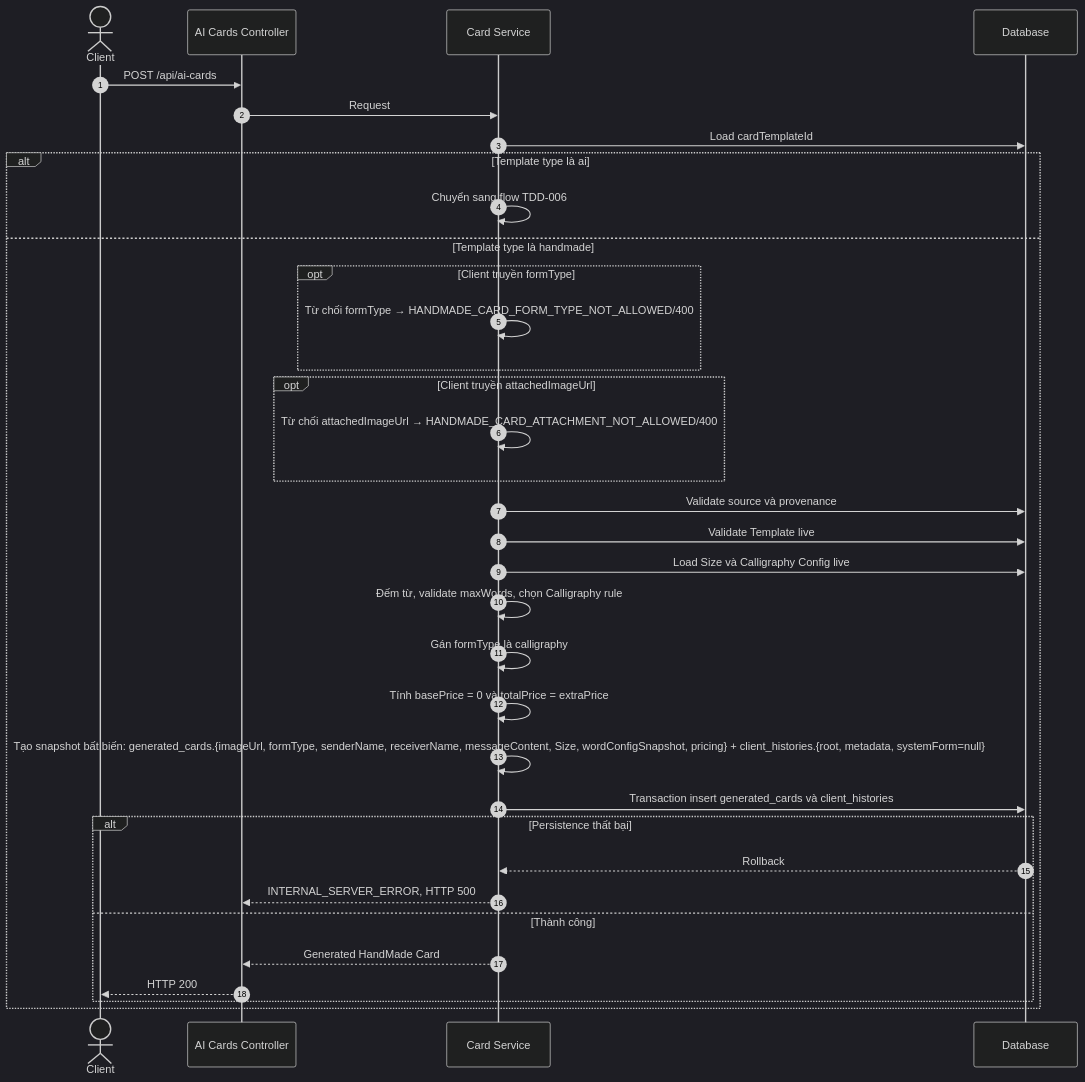
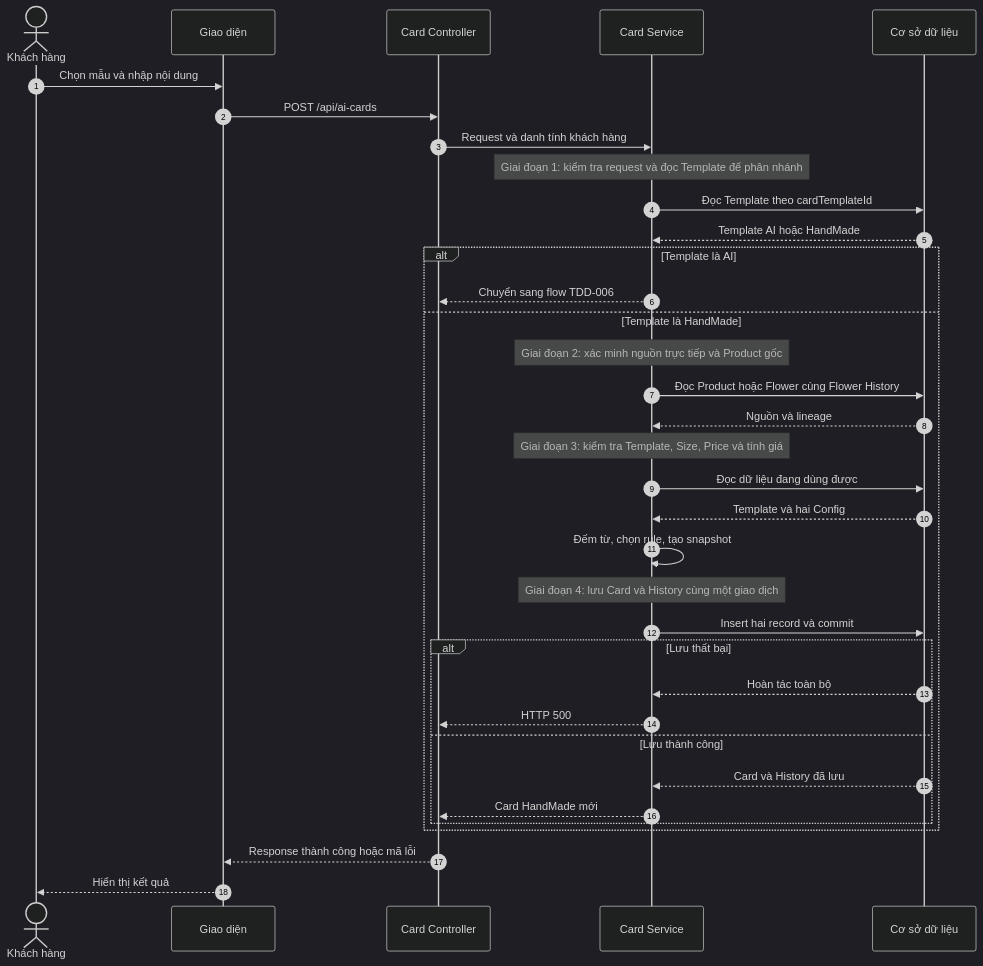
The second of 5 diagrams in HoaTheoMua.Repository/docs/tdd/TDD-021/TDD-021-chon-va-tao-thiep-handmade.md (TaskCoper/hoatheomua-be), drawn with Mermaid (dark theme) before and after one commit. The commit also changed other lines of this file and 214 other files, not shown here.

````diff
--- a/HoaTheoMua.Repository/docs/tdd/TDD-021/TDD-021-chon-va-tao-thiep-handmade.md
+++ b/HoaTheoMua.Repository/docs/tdd/TDD-021/TDD-021-chon-va-tao-thiep-handmade.md
@@ -108,37 +104,37 @@
 ```mermaid
 sequenceDiagram
     autonumber
-    actor Client
-    participant C as AI Cards Controller
-    participant S as Card Service
-    participant DB as Database
-
-    Client->>C: POST /api/ai-cards
-    C->>S: Request
-    S->>DB: Load cardTemplateId
-    alt Template type là ai
-        S->>S: Chuyển sang flow TDD-006
-    else Template type là handmade
-        opt Client truyền formType
-            S->>S: Từ chối formType → HANDMADE_CARD_FORM_TYPE_NOT_ALLOWED/400
-        end
-        opt Client truyền attachedImageUrl
-            S->>S: Từ chối attachedImageUrl → HANDMADE_CARD_ATTACHMENT_NOT_ALLOWED/400
-        end
-        S->>DB: Validate source và provenance
-        S->>DB: Validate Template live
-        S->>DB: Load Size và Calligraphy Config live
-        S->>S: Đếm từ, validate maxWords, chọn Calligraphy rule
-        S->>S: Gán formType là calligraphy
-        S->>S: Tính basePrice = 0 và totalPrice = extraPrice
-        S->>S: Tạo snapshot bất biến: generated_cards.{imageUrl, formType, senderName, receiverName, messageContent, Size, wordConfigSnapshot, pricing} + client_histories.{root, metadata, systemForm=null}
-        S->>DB: Transaction insert generated_cards và client_histories
-        alt Persistence thất bại
-            DB-->>S: Rollback
-            S-->>C: INTERNAL_SERVER_ERROR, HTTP 500
-        else Thành công
-            S-->>C: Generated HandMade Card
-            C-->>Client: HTTP 200
+    actor KH as Khách hàng
+    participant UI as Giao diện
+    participant API as Card Controller
+    participant DV as Card Service
+    participant DB as Cơ sở dữ liệu
+    KH->>UI: Chọn mẫu và nhập nội dung
+    UI->>API: POST /api/ai-cards
+    API->>DV: Request và danh tính khách hàng
+    Note over DV: Giai đoạn 1: kiểm tra request và đọc Template để phân nhánh
+    DV->>DB: Đọc Template theo cardTemplateId
+    DB-->>DV: Template AI hoặc HandMade
+    alt Template là AI
+        DV-->>API: Chuyển sang flow TDD-006
+    else Template là HandMade
+        Note over DV: Giai đoạn 2: xác minh nguồn trực tiếp và Product gốc
+        DV->>DB: Đọc Product hoặc Flower cùng Flower History
+        DB-->>DV: Nguồn và lineage
+        Note over DV: Giai đoạn 3: kiểm tra Template, Size, Price và tính giá
+        DV->>DB: Đọc dữ liệu đang dùng được
+        DB-->>DV: Template và hai Config
+        DV->>DV: Đếm từ, chọn rule, tạo snapshot
+        Note over DV: Giai đoạn 4: lưu Card và History cùng một giao dịch
+        DV->>DB: Insert hai record và commit
+        alt Lưu thất bại
+            DB-->>DV: Hoàn tác toàn bộ
+            DV-->>API: HTTP 500
+        else Lưu thành công
+            DB-->>DV: Card và History đã lưu
+            DV-->>API: Card HandMade mới
         end
     end
+    API-->>UI: Response thành công hoặc mã lỗi
+    UI-->>KH: Hiển thị kết quả
 ```
````
